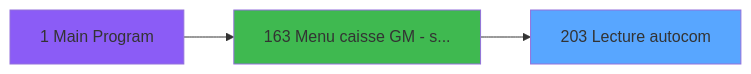
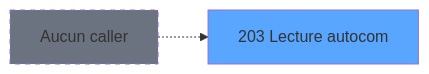
Before and after one commit to thonyAGP/magic-migration: the second of 3 diagrams in .openspec/specs/ADH-IDE-203.md, drawn with Mermaid. The commit also changed other lines of this file and 493 other files, not shown here.

````diff
--- a/.openspec/specs/ADH-IDE-203.md
+++ b/.openspec/specs/ADH-IDE-203.md
@@ -166,11 +166,8 @@
 ```mermaid
 graph LR
     T203[203 Lecture autocom]
     style T203 fill:#58a6ff
-    CC1[1 Main Program]
-    style CC1 fill:#8b5cf6
-    CC163[163 Menu caisse GM - s...]
-    style CC163 fill:#3fb950
-    CC1 --> CC163
-    CC163 --> T203
+    NONE[Aucun caller]
+    NONE -.-> T203
+    style NONE fill:#6b7280,stroke-dasharray: 5 5
 ```
````
